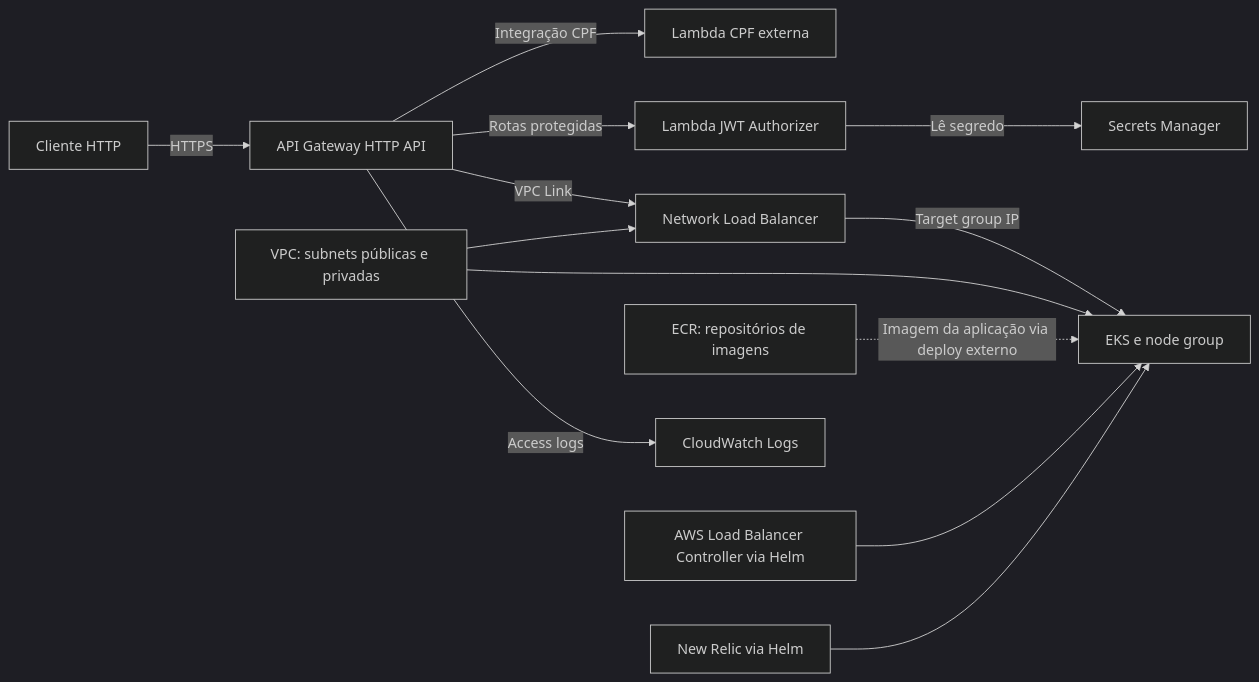
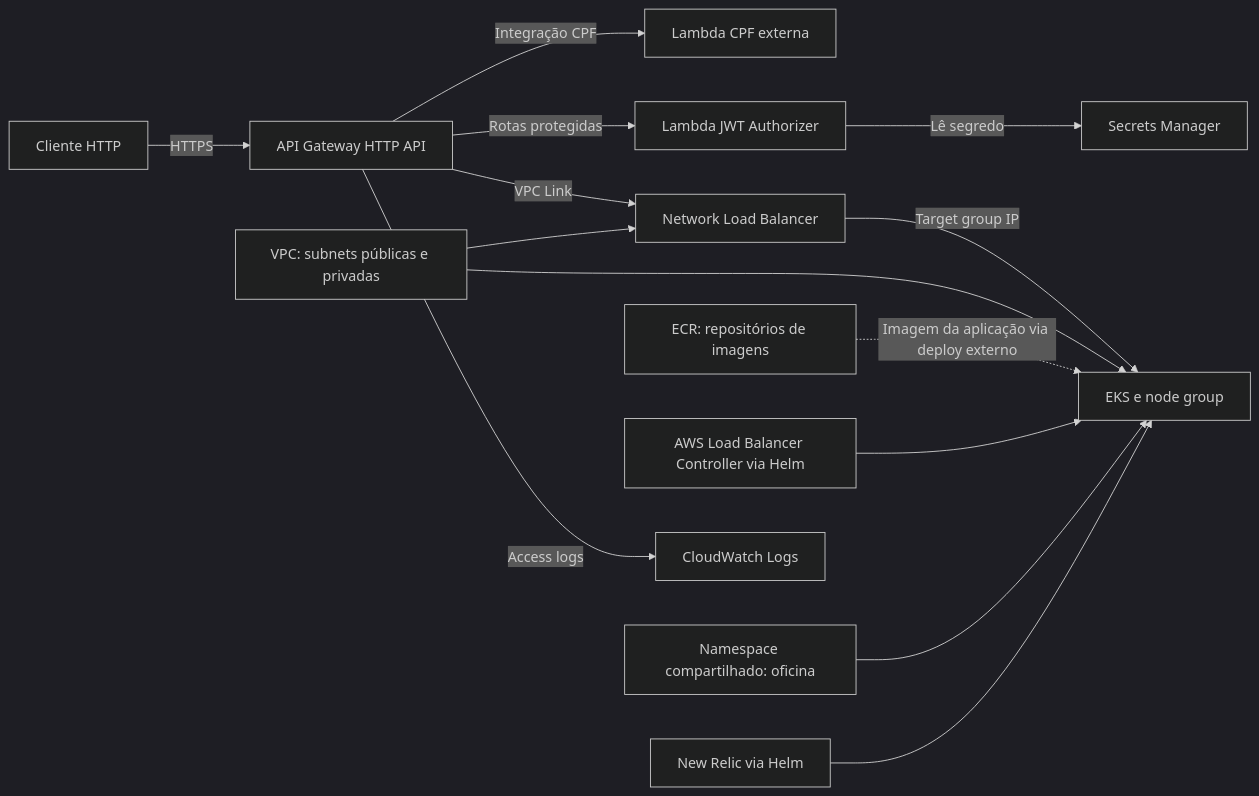
Before and after one commit to douradorobert-pos-fiap-project/shared-infra: the diagram in README.md, drawn with Mermaid (dark theme). The commit also changed other lines of this file and 6 other files, not shown here.

Commit message:
feat: manage shared oficina namespace

````diff
--- a/README.md
+++ b/README.md
@@ -11,15 +11,16 @@
 ```mermaid
 flowchart LR
     client[Cliente HTTP] -->|HTTPS| api[API Gateway HTTP API]
     api -->|Integração CPF| cpf[Lambda CPF externa]
     api -->|Rotas protegidas| authorizer[Lambda JWT Authorizer]
     authorizer -->|Lê segredo| secret[Secrets Manager]
     api -->|VPC Link| nlb[Network Load Balancer]
     nlb -->|Target group IP| eks[EKS e node group]
     vpc[VPC: subnets públicas e privadas] --> eks
     vpc --> nlb
     ecr[ECR: repositórios de imagens] -.->|Imagem da aplicação via deploy externo| eks
     controller[AWS Load Balancer Controller via Helm] --> eks
+    namespace[Namespace compartilhado: oficina] --> eks
     api -->|Access logs| logs[CloudWatch Logs]
     newrelic[New Relic via Helm] --> eks
 ```
````
